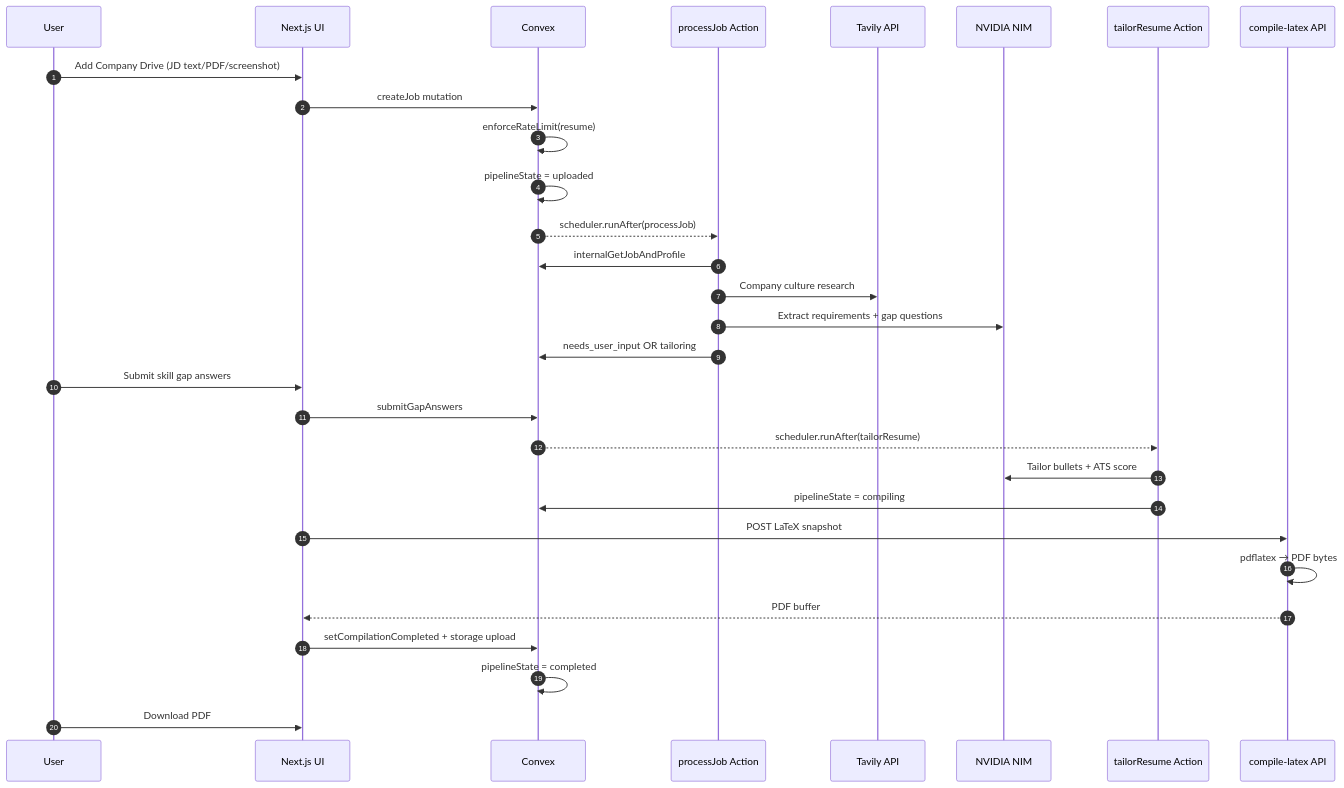
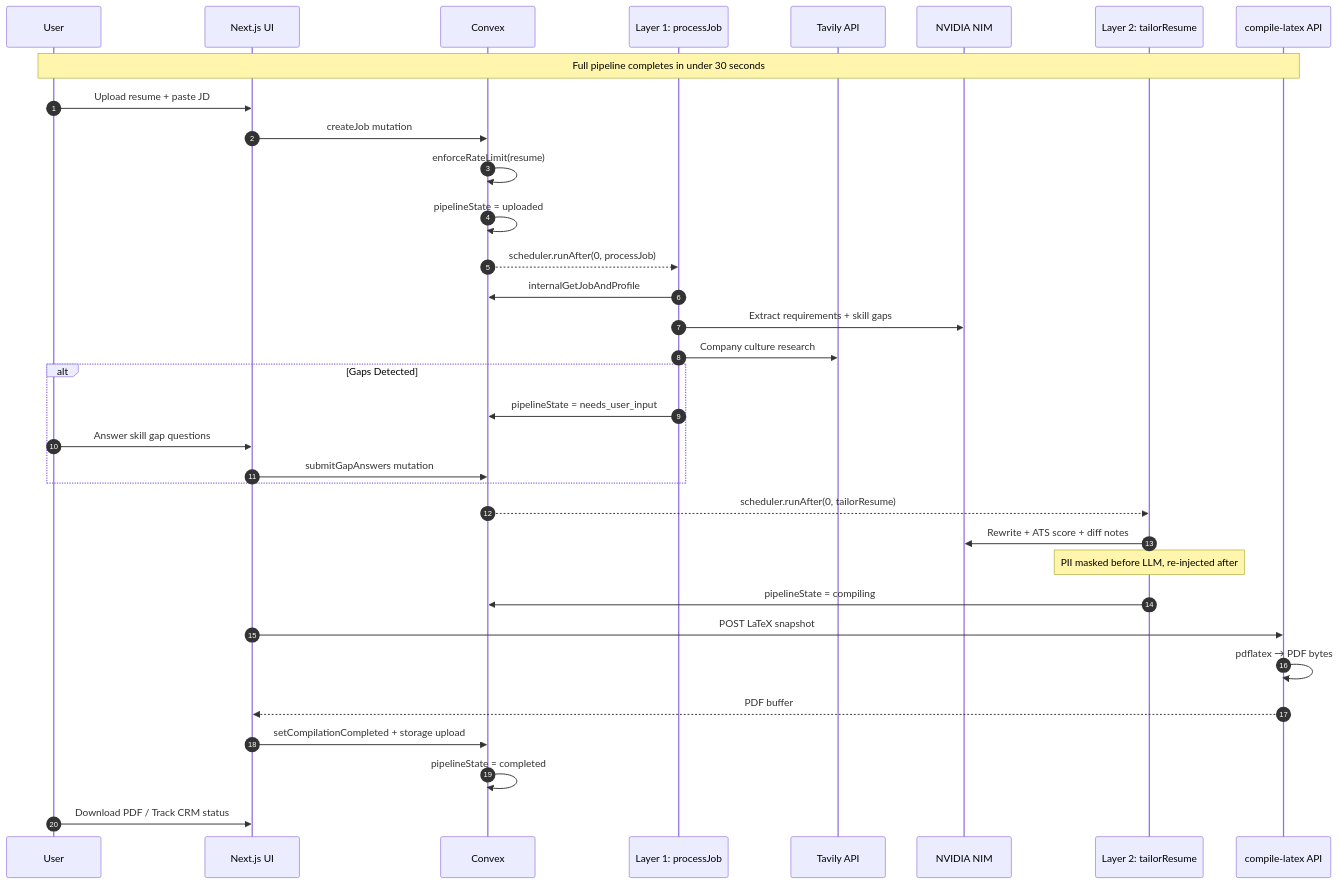
The second of 5 diagrams in README.md (Harshithk951/Resume-Flow), drawn with Mermaid before and after one commit. The commit also changed other lines of this file, not shown here.

Commit message:
Implement new feature for user authentication and improve error handling

````diff
--- a/README.md
+++ b/README.md
@@ -173,36 +302,40 @@
 ```mermaid
 sequenceDiagram
   autonumber
   participant U as User
-  participant N as Next.js UI
+  participant UI as Next.js UI
   participant C as Convex
-  participant A as processJob Action
+  participant L1 as Layer 1: processJob
   participant T as Tavily API
-  participant L as NVIDIA NIM
-  participant X as tailorResume Action
+  participant N as NVIDIA NIM
+  participant L2 as Layer 2: tailorResume
   participant P as compile-latex API
 
-  U->>N: Add Company Drive (JD text/PDF/screenshot)
-  N->>C: createJob mutation
+  Note over U,P: Full pipeline completes in under 30 seconds
+  U->>UI: Upload resume + paste JD
+  UI->>C: createJob mutation
   C->>C: enforceRateLimit(resume)
   C->>C: pipelineState = uploaded
-  C-->>A: scheduler.runAfter(processJob)
+  C-->>L1: scheduler.runAfter(0, processJob)
 
-  A->>C: internalGetJobAndProfile
-  A->>T: Company culture research
-  A->>L: Extract requirements + gap questions
-  A->>C: needs_user_input OR tailoring
+  L1->>C: internalGetJobAndProfile
+  L1->>N: Extract requirements + skill gaps
+  L1->>T: Company culture research
+  alt Gaps Detected
+    L1->>C: pipelineState = needs_user_input
+    U->>UI: Answer skill gap questions
+    UI->>C: submitGapAnswers mutation
+  end
+  C-->>L2: scheduler.runAfter(0, tailorResume)
 
-  U->>N: Submit skill gap answers
-  N->>C: submitGapAnswers
-  C-->>X: scheduler.runAfter(tailorResume)
-  X->>L: Tailor bullets + ATS score
-  X->>C: pipelineState = compiling
+  L2->>N: Rewrite + ATS score + diff notes
+  Note over L2: PII masked before LLM, re-injected after
+  L2->>C: pipelineState = compiling
 
-  N->>P: POST LaTeX snapshot
+  UI->>P: POST LaTeX snapshot
   P->>P: pdflatex → PDF bytes
-  P-->>N: PDF buffer
-  N->>C: setCompilationCompleted + storage upload
+  P-->>UI: PDF buffer
+  UI->>C: setCompilationCompleted + storage upload
   C->>C: pipelineState = completed
-  U->>N: Download PDF
+  U->>UI: Download PDF / Track CRM status
 ```
````
